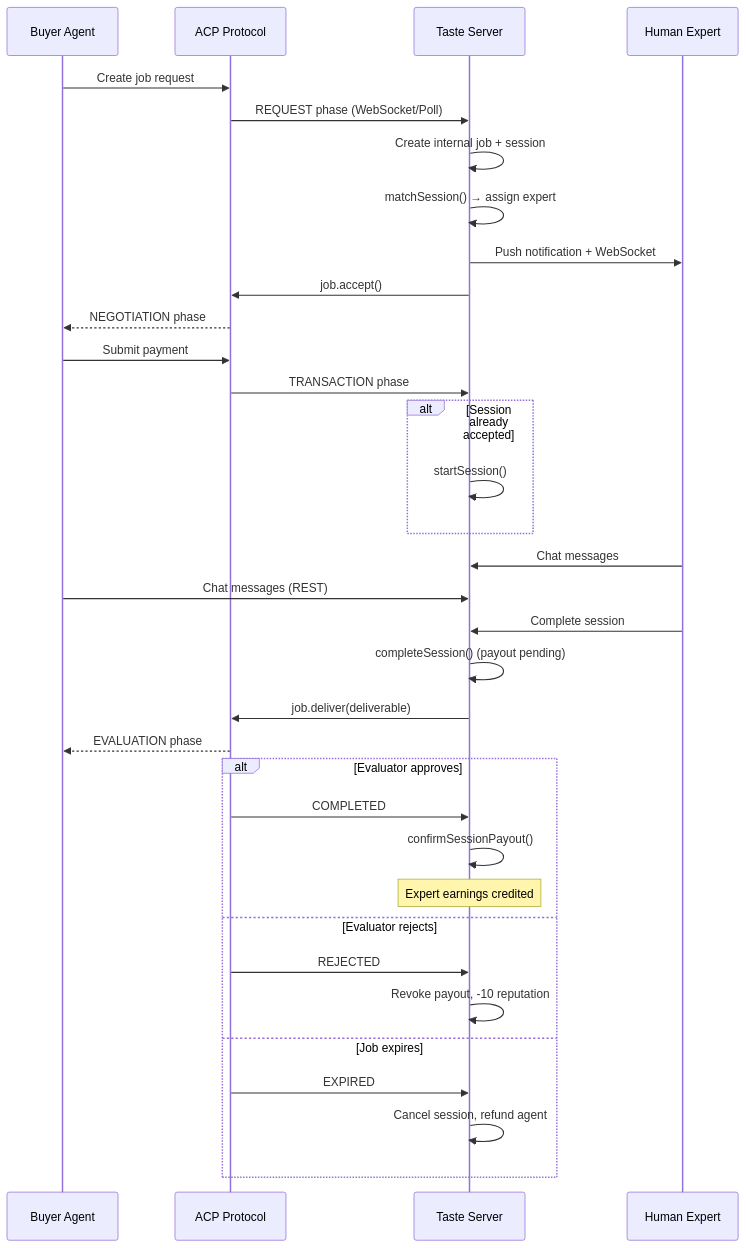
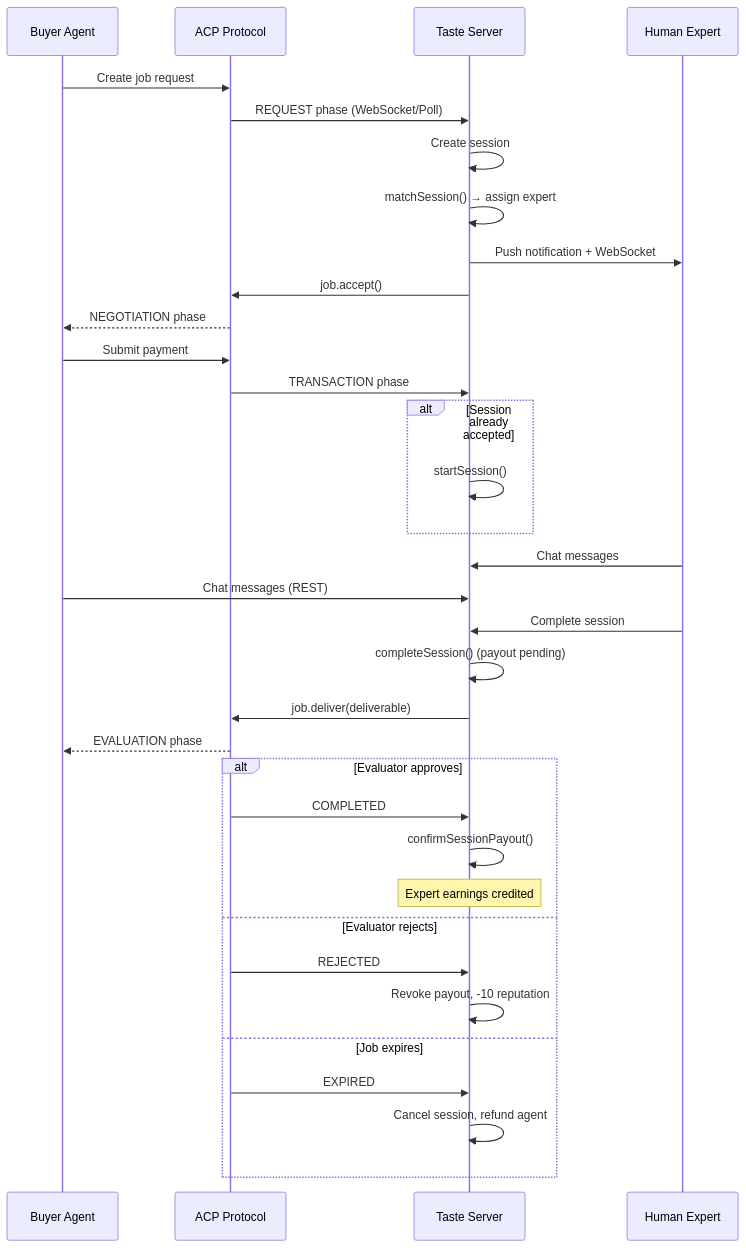
Before and after one commit to jardstedt/taste: the first of 3 diagrams in docs/use-cases.md, drawn with Mermaid. The commit also changed other lines of this file and 21 other files, not shown here.

````diff
--- a/docs/use-cases.md
+++ b/docs/use-cases.md
@@ -274,42 +257,42 @@
 ```mermaid
 sequenceDiagram
     participant Agent as Buyer Agent
     participant ACP as ACP Protocol
     participant Taste as Taste Server
     participant Expert as Human Expert
 
     Agent->>ACP: Create job request
     ACP->>Taste: REQUEST phase (WebSocket/Poll)
-    Taste->>Taste: Create internal job + session
+    Taste->>Taste: Create session
     Taste->>Taste: matchSession() → assign expert
     Taste->>Expert: Push notification + WebSocket
     Taste->>ACP: job.accept()
 
     ACP-->>Agent: NEGOTIATION phase
     Agent->>ACP: Submit payment
     ACP->>Taste: TRANSACTION phase
 
     alt Session already accepted
         Taste->>Taste: startSession()
     end
 
     Expert->>Taste: Chat messages
     Agent->>Taste: Chat messages (REST)
 
     Expert->>Taste: Complete session
     Taste->>Taste: completeSession() (payout pending)
     Taste->>ACP: job.deliver(deliverable)
     ACP-->>Agent: EVALUATION phase
 
     alt Evaluator approves
         ACP->>Taste: COMPLETED
         Taste->>Taste: confirmSessionPayout()
         Note over Taste: Expert earnings credited
     else Evaluator rejects
         ACP->>Taste: REJECTED
         Taste->>Taste: Revoke payout, -10 reputation
     else Job expires
         ACP->>Taste: EXPIRED
         Taste->>Taste: Cancel session, refund agent
     end
 ```
````
